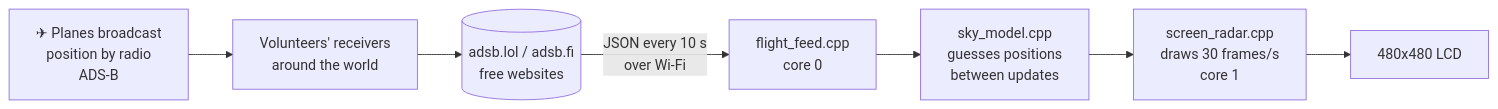
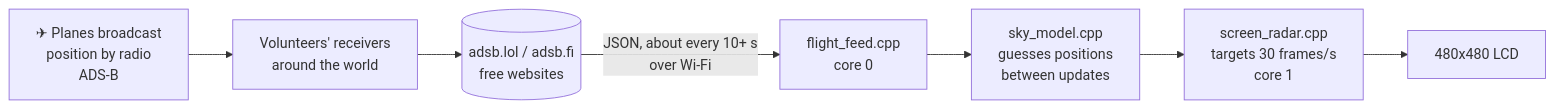
Before and after one commit to mcconnellcs/AirTraffic: the diagram in docs/05-how-it-works.md, drawn with Mermaid. The commit also changed other lines of this file and 29 other files, not shown here.

````diff
--- a/docs/05-how-it-works.md
+++ b/docs/05-how-it-works.md
@@ -7,9 +7,9 @@
 ```mermaid
 flowchart LR
     P[✈ Planes broadcast<br>position by radio<br>ADS-B] --> R[Volunteers' receivers<br>around the world]
     R --> W[(adsb.lol / adsb.fi<br>free websites)]
-    W -- "JSON every 10 s<br>over Wi-Fi" --> F[flight_feed.cpp<br>core 0]
+    W -- "JSON, about every 10+ s<br>over Wi-Fi" --> F[flight_feed.cpp<br>core 0]
     F --> S[sky_model.cpp<br>guesses positions<br>between updates]
-    S --> D[screen_radar.cpp<br>draws 30 frames/s<br>core 1]
+    S --> D[screen_radar.cpp<br>targets 30 frames/s<br>core 1]
     D --> L[480x480 LCD]
 ```
````
